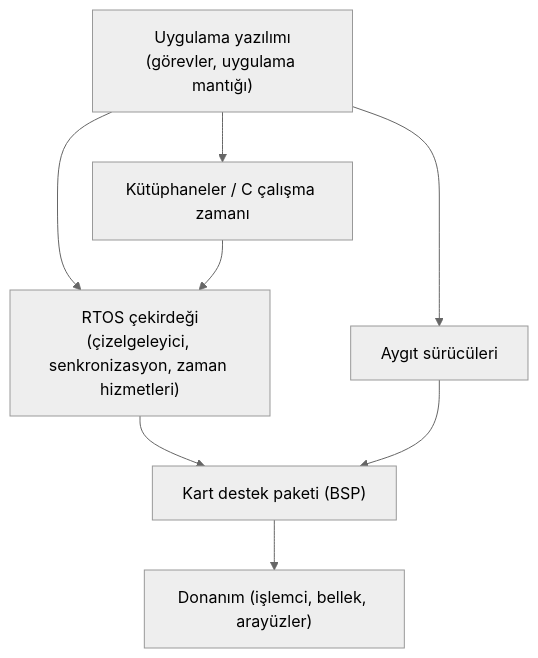
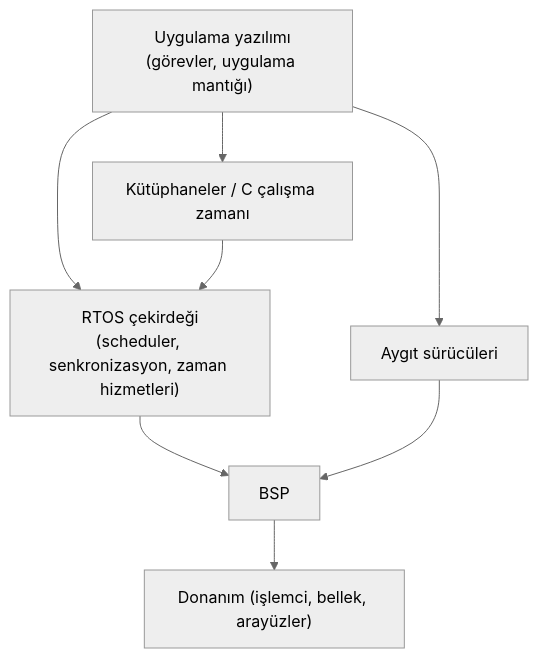
The first of 2 diagrams in kitap/05-ozel-konular/20-gercek-zamanli-isletim-sistemleri.mdx (Mavrikant/aviyonikyazilim), drawn with Mermaid (neutral theme) before and after one commit. The commit also changed other lines of this file and 60 other files, not shown here.

````diff
--- a/kitap/05-ozel-konular/20-gercek-zamanli-isletim-sistemleri.mdx
+++ b/kitap/05-ozel-konular/20-gercek-zamanli-isletim-sistemleri.mdx
@@ -56,16 +56,16 @@
 ```mermaid
 flowchart TB
     APP["Uygulama yazılımı<br/>(görevler, uygulama mantığı)"]
     LIB["Kütüphaneler / C çalışma zamanı"]
-    KRN["RTOS çekirdeği<br/>(çizelgeleyici, senkronizasyon, zaman hizmetleri)"]
+    KRN["RTOS çekirdeği<br/>(scheduler, senkronizasyon, zaman hizmetleri)"]
     DRV["Aygıt sürücüleri"]
-    BSP["Kart destek paketi (BSP)"]
+    BSP["BSP"]
     HW["Donanım (işlemci, bellek, arayüzler)"]
     APP --> KRN
     APP --> LIB
     APP --> DRV
     LIB --> KRN
     KRN --> BSP
     DRV --> BSP
     BSP --> HW
 ```
````
